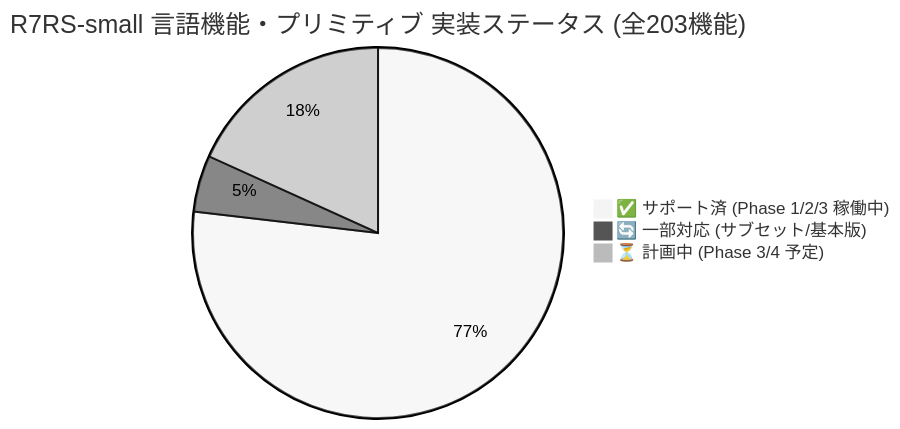
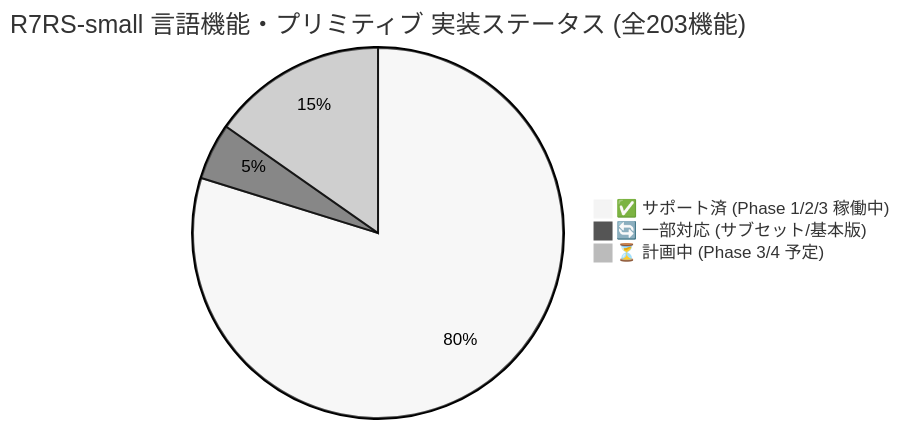
Before and after one commit to rokujyouhitoma/arxiv-security-papers: the first of 3 diagrams in ilisp/docs/SPEC_R7RS.md, drawn with Mermaid (neutral theme). The commit also changed other lines of this file and 4 other files, not shown here.

````diff
--- a/ilisp/docs/SPEC_R7RS.md
+++ b/ilisp/docs/SPEC_R7RS.md
@@ -17,6 +17,6 @@
 ```mermaid
 pie title R7RS-small 言語機能・プリミティブ 実装ステータス (全203機能)
-    "✅ サポート済 (Phase 1/2/3 稼働中)" : 156
+    "✅ サポート済 (Phase 1/2/3 稼働中)" : 162
     "🔄 一部対応 (サブセット/基本版)" : 10
-    "⏳ 計画中 (Phase 3/4 予定)" : 37
+    "⏳ 計画中 (Phase 3/4 予定)" : 31
 ```
````
